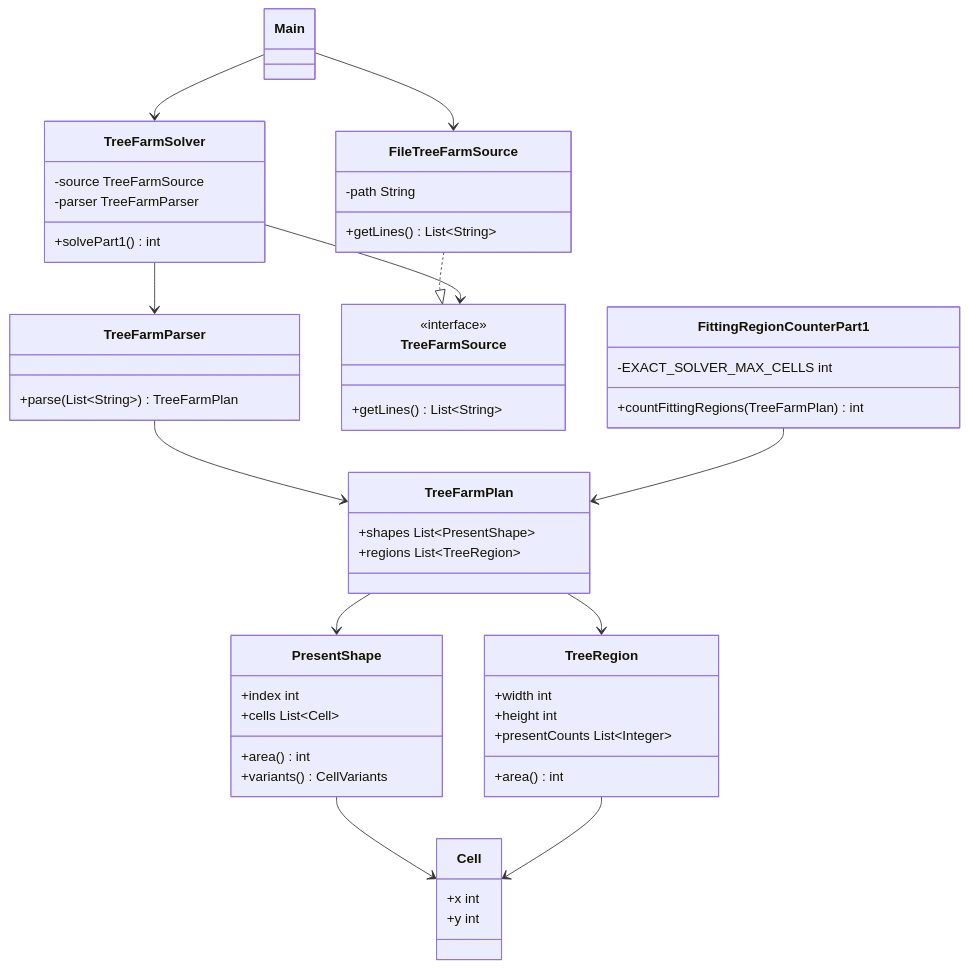
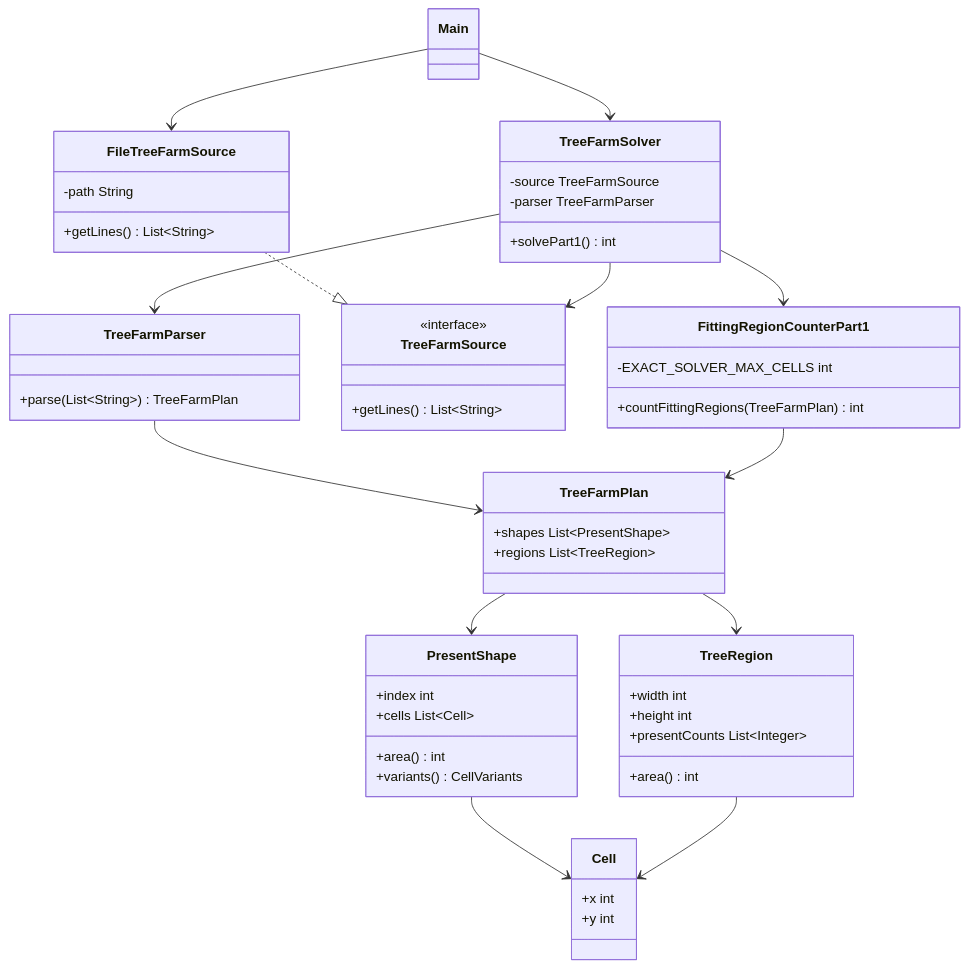
Before and after one commit to JavierGlezVel/AoC2025: the diagram in dia12/README.md, drawn with Mermaid. The commit also changed 7 other files, not shown here.

````diff
--- a/dia12/README.md
+++ b/dia12/README.md
@@ -282,56 +282,57 @@
 ```mermaid
 classDiagram
     class Main
     class TreeFarmSolver {
         -source TreeFarmSource
         -parser TreeFarmParser
         +solvePart1() int
     }
     class TreeFarmParser {
         +parse(List~String~) TreeFarmPlan
     }
     class TreeFarmSource {
         <<interface>>
         +getLines() List~String~
     }
     class FileTreeFarmSource {
         -path String
         +getLines() List~String~
     }
     class TreeFarmPlan {
         +shapes List~PresentShape~
         +regions List~TreeRegion~
     }
     class PresentShape {
         +index int
         +cells List~Cell~
         +area() int
         +variants() CellVariants
     }
     class TreeRegion {
         +width int
         +height int
         +presentCounts List~Integer~
         +area() int
     }
     class Cell {
         +x int
         +y int
     }
     class FittingRegionCounterPart1 {
         -EXACT_SOLVER_MAX_CELLS int
         +countFittingRegions(TreeFarmPlan) int
     }
 
     Main --> TreeFarmSolver
     Main --> FileTreeFarmSource
     FileTreeFarmSource ..|> TreeFarmSource
     TreeFarmSolver --> TreeFarmSource
     TreeFarmSolver --> TreeFarmParser
+    TreeFarmSolver --> FittingRegionCounterPart1
     TreeFarmParser --> TreeFarmPlan
     TreeFarmPlan --> PresentShape
     TreeFarmPlan --> TreeRegion
     PresentShape --> Cell
     TreeRegion --> Cell
     FittingRegionCounterPart1 --> TreeFarmPlan
 ```
````
